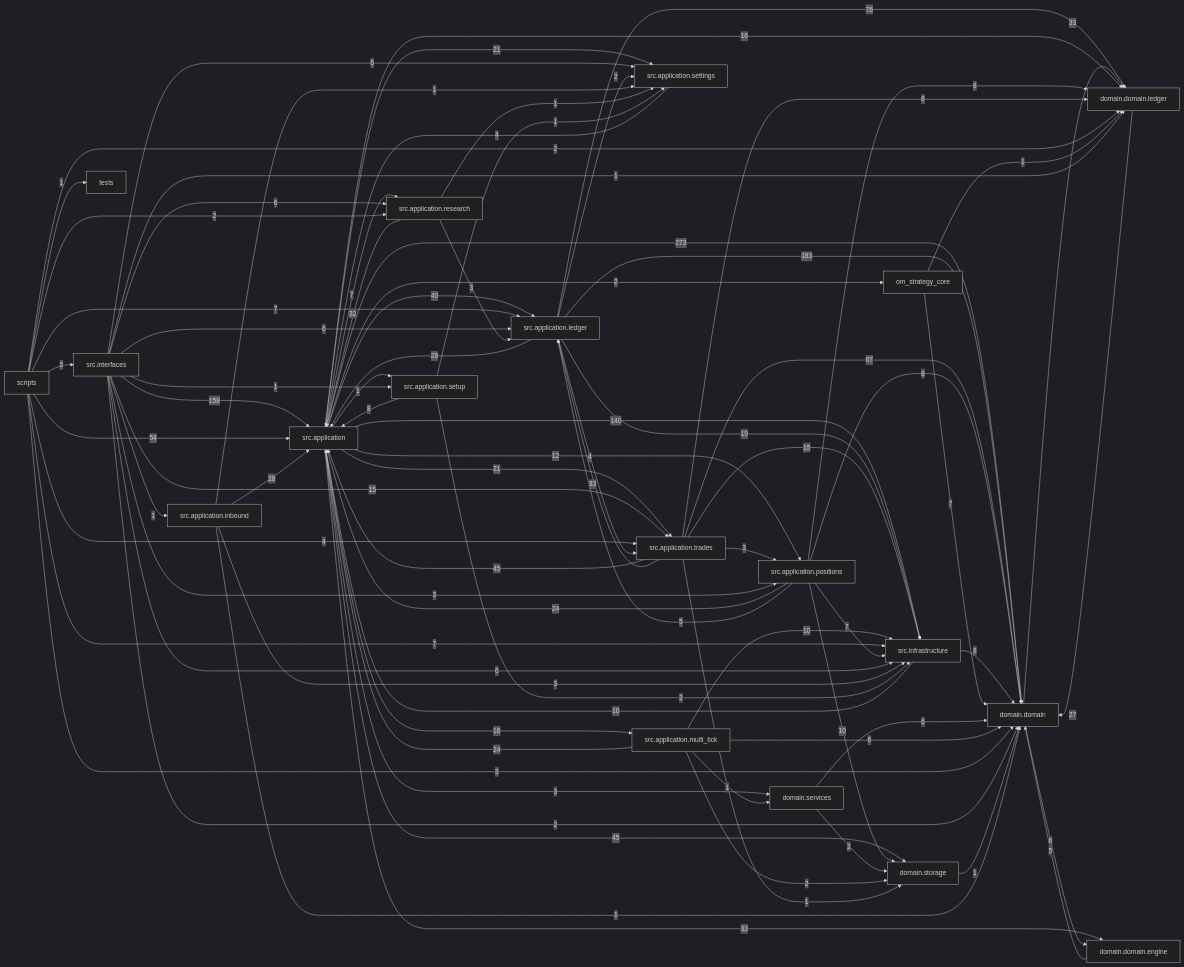
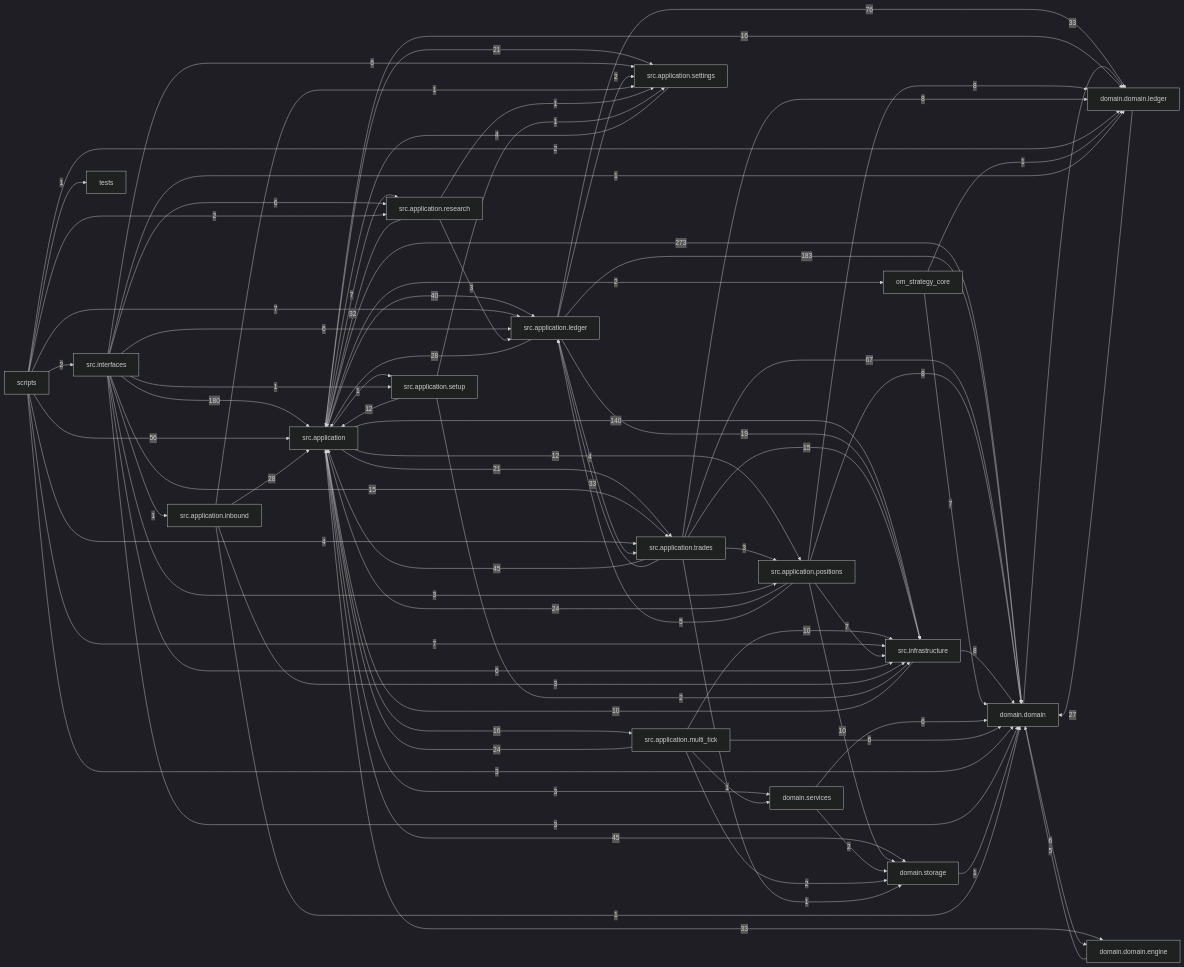
Before and after one commit to liuxie066/options-monitor: the diagram in docs/dependency_graph.mmd, drawn with Mermaid (dark theme). The commit also changed 63 other files, not shown here.

```diff
--- a/docs/dependency_graph.mmd
+++ b/docs/dependency_graph.mmd
@@ -1,81 +1,81 @@
 flowchart LR
   src_application["src.application"] -->|273| domain_domain["domain.domain"]
   src_application_ledger["src.application.ledger"] -->|183| domain_domain["domain.domain"]
-  src_interfaces["src.interfaces"] -->|158| src_application["src.application"]
+  src_interfaces["src.interfaces"] -->|180| src_application["src.application"]
   src_application["src.application"] -->|140| src_infrastructure["src.infrastructure"]
   src_application_ledger["src.application.ledger"] -->|76| domain_domain_ledger["domain.domain.ledger"]
   src_application_trades["src.application.trades"] -->|67| domain_domain["domain.domain"]
-  scripts["scripts"] -->|54| src_application["src.application"]
+  scripts["scripts"] -->|56| src_application["src.application"]
   src_application["src.application"] -->|45| domain_storage["domain.storage"]
   src_application_trades["src.application.trades"] -->|45| src_application["src.application"]
   src_application["src.application"] -->|40| src_application_ledger["src.application.ledger"]
   domain_domain["domain.domain"] -->|33| domain_domain_ledger["domain.domain.ledger"]
   src_application["src.application"] -->|33| domain_domain_engine["domain.domain.engine"]
   src_application_trades["src.application.trades"] -->|33| src_application_ledger["src.application.ledger"]
   src_application_research["src.application.research"] -->|32| src_application["src.application"]
   src_application_inbound["src.application.inbound"] -->|28| src_application["src.application"]
   src_application_ledger["src.application.ledger"] -->|28| src_application["src.application"]
   domain_domain_ledger["domain.domain.ledger"] -->|27| domain_domain["domain.domain"]
   src_application_multi_tick["src.application.multi_tick"] -->|24| src_application["src.application"]
   src_application_positions["src.application.positions"] -->|24| src_application["src.application"]
   src_application["src.application"] -->|21| src_application_settings["src.application.settings"]
   src_application["src.application"] -->|21| src_application_trades["src.application.trades"]
   src_application_ledger["src.application.ledger"] -->|19| src_infrastructure["src.infrastructure"]
   src_application["src.application"] -->|16| domain_domain_ledger["domain.domain.ledger"]
   src_application["src.application"] -->|16| src_application_multi_tick["src.application.multi_tick"]
   src_application_trades["src.application.trades"] -->|15| src_infrastructure["src.infrastructure"]
   src_interfaces["src.interfaces"] -->|15| src_application_trades["src.application.trades"]
   src_application["src.application"] -->|12| src_application_positions["src.application.positions"]
+  src_application_setup["src.application.setup"] -->|12| src_application["src.application"]
   src_application_multi_tick["src.application.multi_tick"] -->|10| src_infrastructure["src.infrastructure"]
   src_application_positions["src.application.positions"] -->|10| domain_storage["domain.storage"]
   src_infrastructure["src.infrastructure"] -->|10| src_application["src.application"]
   src_application_positions["src.application.positions"] -->|8| domain_domain["domain.domain"]
   src_application_positions["src.application.positions"] -->|8| domain_domain_ledger["domain.domain.ledger"]
-  src_application_setup["src.application.setup"] -->|8| src_application["src.application"]
   src_application_trades["src.application.trades"] -->|8| domain_domain_ledger["domain.domain.ledger"]
   src_infrastructure["src.infrastructure"] -->|8| domain_domain["domain.domain"]
   om_strategy_core["om_strategy_core"] -->|7| domain_domain["domain.domain"]
   scripts["scripts"] -->|7| src_application_ledger["src.application.ledger"]
   scripts["scripts"] -->|7| src_infrastructure["src.infrastructure"]
   src_application["src.application"] -->|7| src_application_research["src.application.research"]
   src_application_positions["src.application.positions"] -->|7| src_infrastructure["src.infrastructure"]
   domain_domain["domain.domain"] -->|6| domain_domain_engine["domain.domain.engine"]
   domain_services["domain.services"] -->|6| domain_domain["domain.domain"]
   src_application_multi_tick["src.application.multi_tick"] -->|6| domain_domain["domain.domain"]
   src_interfaces["src.interfaces"] -->|6| src_application_ledger["src.application.ledger"]
   src_interfaces["src.interfaces"] -->|6| src_application_research["src.application.research"]
   src_interfaces["src.interfaces"] -->|6| src_application_settings["src.application.settings"]
   src_interfaces["src.interfaces"] -->|6| src_infrastructure["src.infrastructure"]
   domain_domain_engine["domain.domain.engine"] -->|5| domain_domain["domain.domain"]
   src_application_positions["src.application.positions"] -->|5| src_application_ledger["src.application.ledger"]
   scripts["scripts"] -->|4| src_application_trades["src.application.trades"]
   src_application_ledger["src.application.ledger"] -->|4| src_application_trades["src.application.trades"]
   src_application_settings["src.application.settings"] -->|4| src_application["src.application"]
   scripts["scripts"] -->|3| domain_domain["domain.domain"]
   src_application["src.application"] -->|3| domain_services["domain.services"]
   src_application_inbound["src.application.inbound"] -->|3| src_infrastructure["src.infrastructure"]
   src_application_research["src.application.research"] -->|3| src_application_ledger["src.application.ledger"]
   src_application_trades["src.application.trades"] -->|3| src_application_positions["src.application.positions"]
+  src_interfaces["src.interfaces"] -->|3| domain_domain["domain.domain"]
   src_interfaces["src.interfaces"] -->|3| src_application_positions["src.application.positions"]
   domain_services["domain.services"] -->|2| domain_storage["domain.storage"]
   scripts["scripts"] -->|2| domain_domain_ledger["domain.domain.ledger"]
   scripts["scripts"] -->|2| src_application_research["src.application.research"]
   scripts["scripts"] -->|2| src_interfaces["src.interfaces"]
   src_application["src.application"] -->|2| om_strategy_core["om_strategy_core"]
   src_application_ledger["src.application.ledger"] -->|2| src_application_settings["src.application.settings"]
   src_application_multi_tick["src.application.multi_tick"] -->|2| domain_storage["domain.storage"]
   src_application_setup["src.application.setup"] -->|2| src_infrastructure["src.infrastructure"]
-  src_interfaces["src.interfaces"] -->|2| domain_domain["domain.domain"]
   domain_storage["domain.storage"] -->|1| domain_domain["domain.domain"]
   om_strategy_core["om_strategy_core"] -->|1| domain_domain_ledger["domain.domain.ledger"]
   scripts["scripts"] -->|1| tests["tests"]
   src_application["src.application"] -->|1| src_application_setup["src.application.setup"]
   src_application_inbound["src.application.inbound"] -->|1| domain_domain["domain.domain"]
   src_application_inbound["src.application.inbound"] -->|1| src_application_settings["src.application.settings"]
   src_application_multi_tick["src.application.multi_tick"] -->|1| domain_services["domain.services"]
   src_application_research["src.application.research"] -->|1| src_application_settings["src.application.settings"]
   src_application_setup["src.application.setup"] -->|1| src_application_settings["src.application.settings"]
   src_application_trades["src.application.trades"] -->|1| domain_storage["domain.storage"]
   src_interfaces["src.interfaces"] -->|1| domain_domain_ledger["domain.domain.ledger"]
   src_interfaces["src.interfaces"] -->|1| src_application_inbound["src.application.inbound"]
   src_interfaces["src.interfaces"] -->|1| src_application_setup["src.application.setup"]
```
